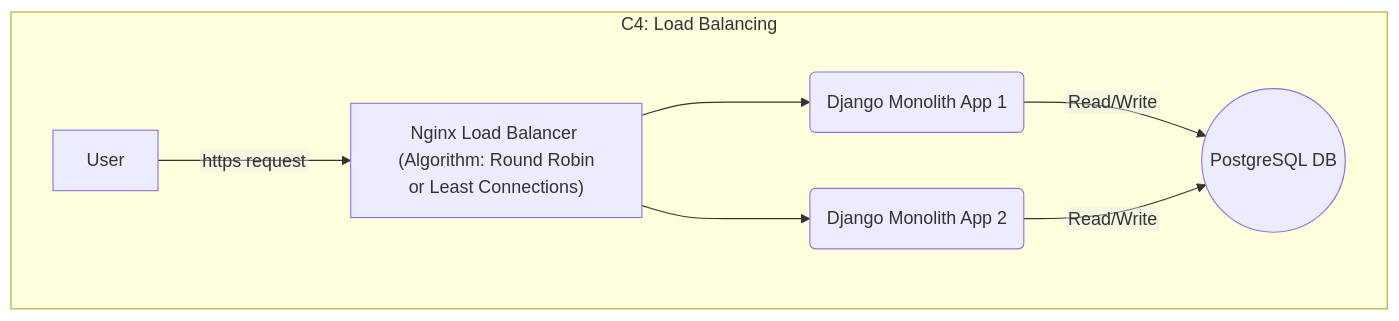
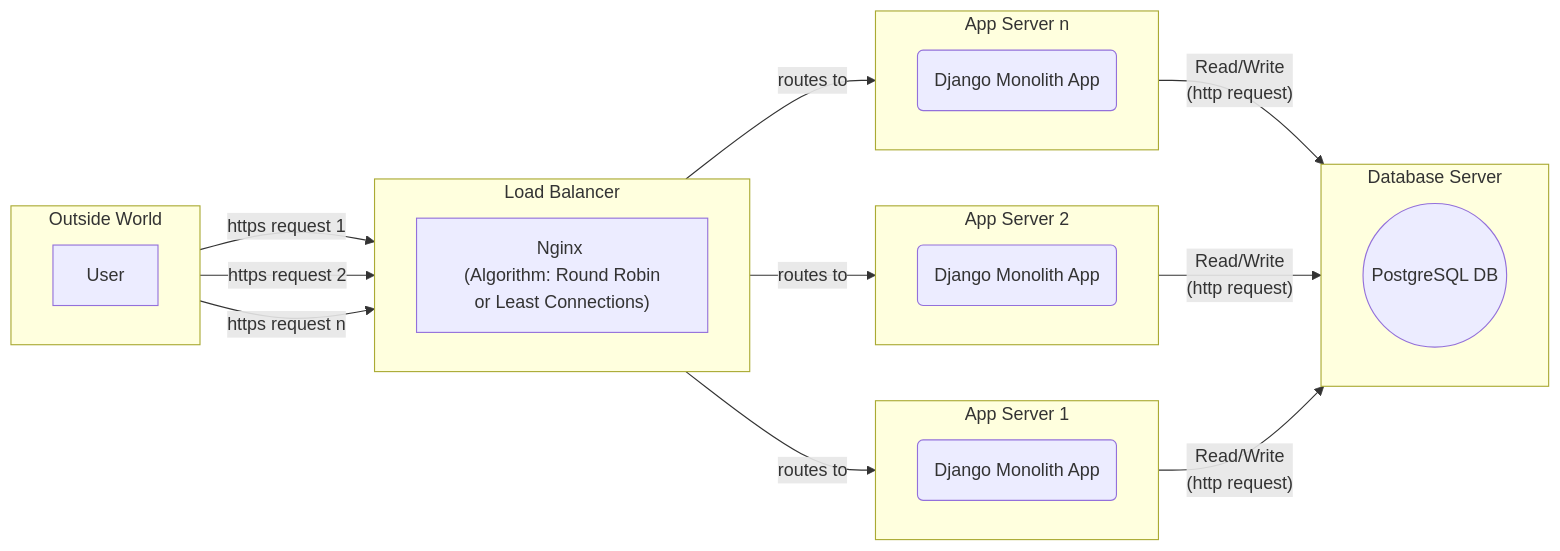
One commit to 004Ajay/Rough changed the third of 3 diagrams in Diagram/Diagram_Only/Phase1_TheMonolithEra.md. Above: the diagram before and after it, drawn with Mermaid. The commit also changed other lines of this file, not shown here.

Commit message:
LB Diagram correction; making connections writings clear

````diff
--- a/Diagram/Diagram_Only/Phase1_TheMonolithEra.md
+++ b/Diagram/Diagram_Only/Phase1_TheMonolithEra.md
@@ -52,19 +52,46 @@
 ```mermaid
-%%{init: {'flowchart': {'htmlLabels': false}}}%%
+%%{init: {'flowchart': {'htmlLabels': false,}}}%%
+
 graph LR
-%% Nodes (Shapes/Conceptual Components)
-A[User]
-B["Nginx Load Balancer <br> (Algorithm: Round Robin or Least Connections)"]
-C(Django Monolith App 1)
-D(Django Monolith App 2)
-E((PostgreSQL DB))        
-%% The Traffic Cop (Load Balancing)
-subgraph C4: Load Balancing
+  %% Nodes
+  A[User]
+  B["Nginx <br> (Algorithm: Round Robin or Least Connections)"]
+  B1(Django Monolith App)
+  B2(Django Monolith App)
+  B3(Django Monolith App)
+  C((PostgreSQL DB))
+
+subgraph Outside World
 direction LR
-    A --https request--> B
-    B ---> C 
-    B ---> D
-    C --Read/Write--> E
-    D --Read/Write--> E
+  A 
+end
+
+subgraph Load Balancer
+direction LR
+  A -- https request 1 --> B
+  A -- https request 2 --> B
+  A -- https request n --> B
+end
+
+subgraph App Server 1
+direction LR
+  B -- routes to --> B1
+end
+
+subgraph App Server 2
+direction LR
+  B -- routes to --> B2
+end
+
+subgraph App Server n
+direction LR
+  B -- routes to --> B3
+end
+
+subgraph Database Server
+direction LR
+  B1 -- Read/Write<br>(http request) --> C
+  B2 -- Read/Write<br>(http request) --> C
+  B3 -- Read/Write<br>(http request) --> C
 end
 ```
````
